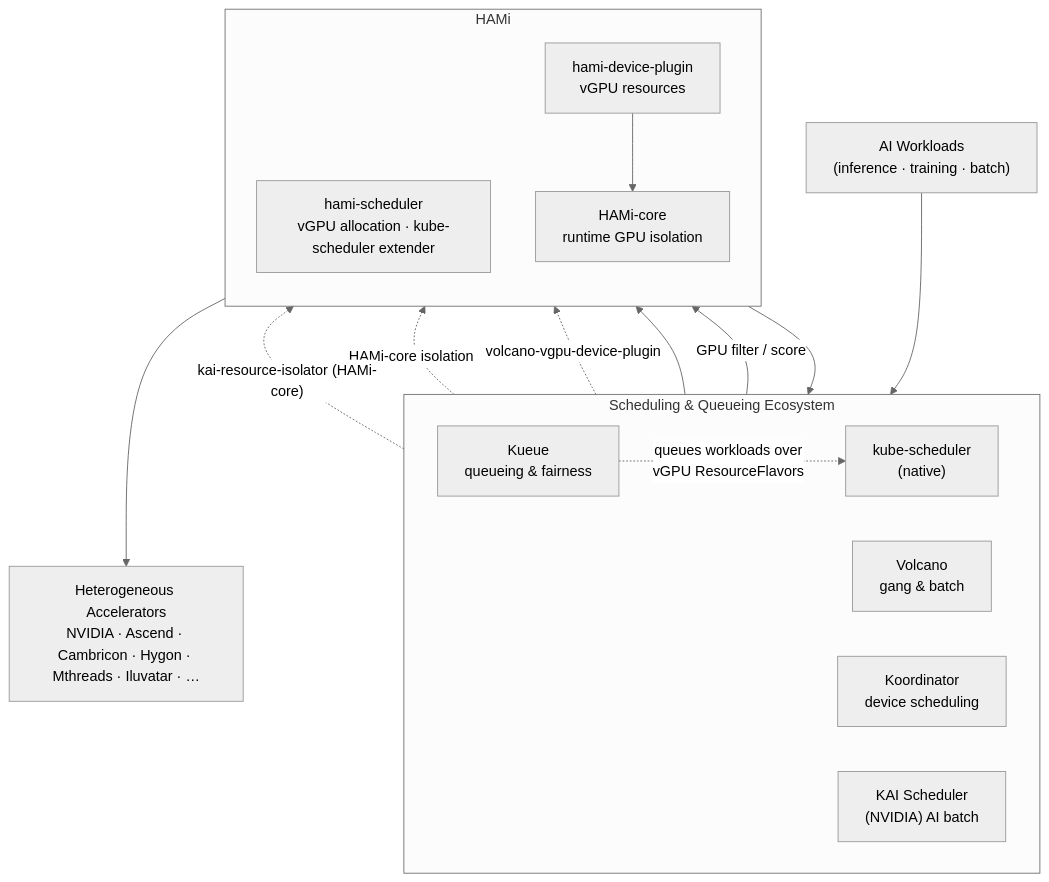
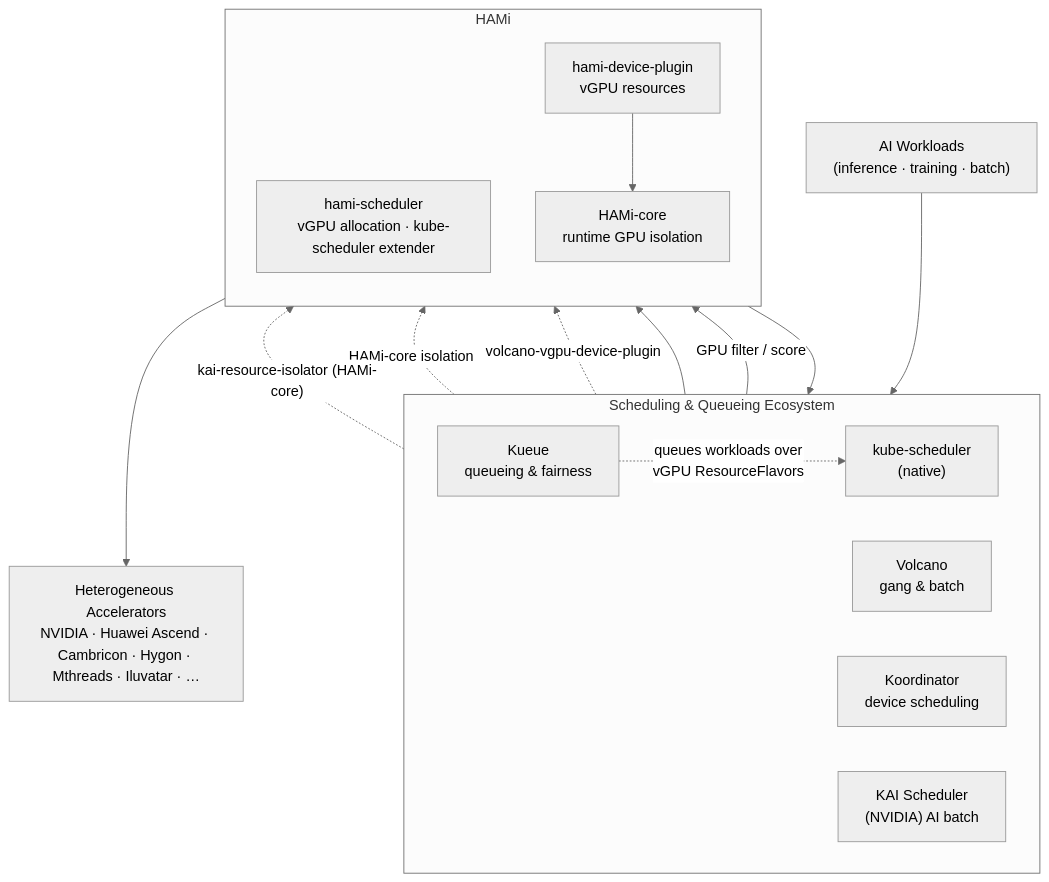
The diagram in docs/core-concepts/ecosystem-integrations.md (Project-HAMi/website), drawn with Mermaid (neutral theme) before and after one commit. The commit also changed 69 other files, not shown here.

Commit message:
fix: standardize to Huawei Ascend naming across all docs

````diff
--- a/docs/core-concepts/ecosystem-integrations.md
+++ b/docs/core-concepts/ecosystem-integrations.md
@@ -9,34 +9,34 @@
 ```mermaid
 %% title: HAMi Ecosystem Integrations
 flowchart TB
     WL["AI Workloads<br/>(inference · training · batch)"]
 
     subgraph Schedulers["Scheduling & Queueing Ecosystem"]
         direction LR
         KS["kube-scheduler<br/>(native)"]
         VOL["Volcano<br/>gang & batch"]
         KUE["Kueue<br/>queueing & fairness"]
         KOO["Koordinator<br/>device scheduling"]
         KAI["KAI Scheduler<br/>(NVIDIA) AI batch"]
     end
 
     subgraph HAMi["HAMi"]
         direction TB
         HSCHED["hami-scheduler<br/>vGPU allocation · kube-scheduler extender"]
         HDP["hami-device-plugin<br/>vGPU resources"]
         CORE["HAMi-core<br/>runtime GPU isolation"]
     end
 
-    HW["Heterogeneous Accelerators<br/>NVIDIA · Ascend · Cambricon · Hygon · Mthreads · Iluvatar · …"]
+    HW["Heterogeneous Accelerators<br/>NVIDIA · Huawei Ascend · Cambricon · Hygon · Mthreads · Iluvatar · …"]
 
     WL --> Schedulers
     KS -->|"GPU filter / score"| HSCHED
     HSCHED --> KS
     KS --> HDP
     HDP --> CORE
     VOL -.->|"volcano-vgpu-device-plugin"| CORE
     KOO -.->|"HAMi-core isolation"| CORE
     KAI -.->|"kai-resource-isolator (HAMi-core)"| CORE
     KUE -.->|"queues workloads over<br/>vGPU ResourceFlavors"| KS
     CORE --> HW
 ```
````
